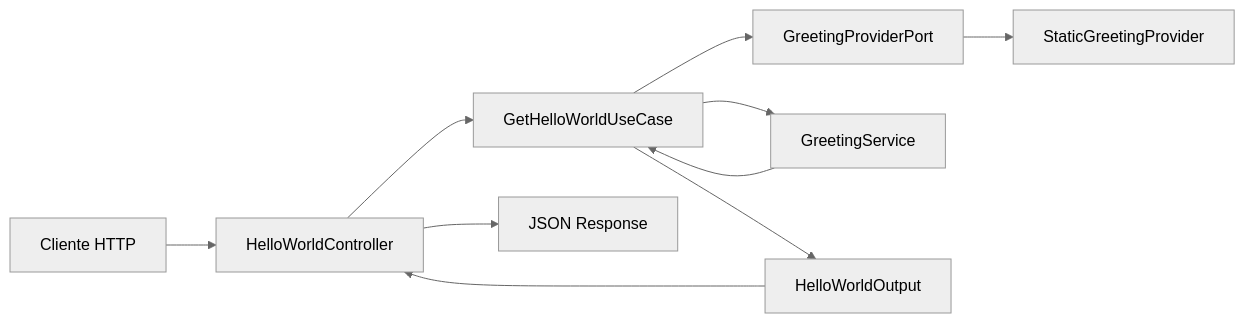
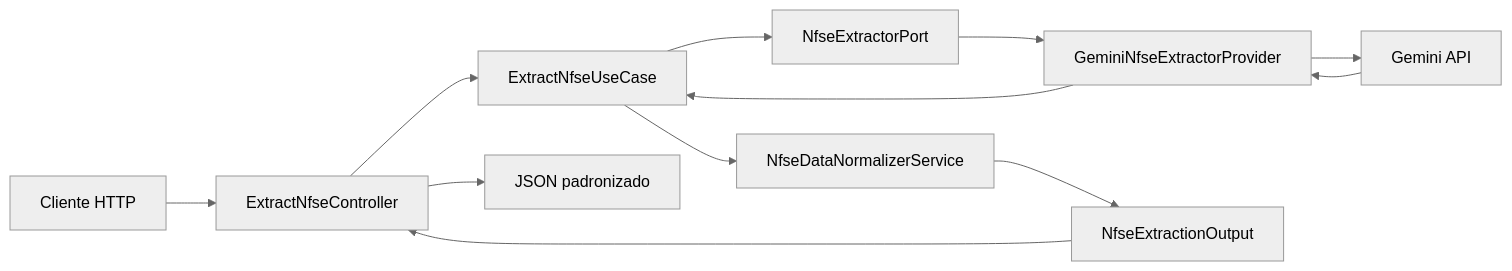
One commit to sszrod/ms-nfse-parser changed the diagram in docs/arquitetura.md. Above: the diagram before and after it, drawn with Mermaid (neutral theme). The commit also changed other lines of this file and 4 other files, not shown here.

````diff
--- a/docs/arquitetura.md
+++ b/docs/arquitetura.md
@@ -66,12 +87,14 @@
 ```mermaid
 flowchart LR
-    A[Cliente HTTP] --> B[HelloWorldController]
-    B --> C[GetHelloWorldUseCase]
-    C --> D[GreetingProviderPort]
-    D --> E[StaticGreetingProvider]
-    C --> F[GreetingService]
-    F --> C
-    C --> G[HelloWorldOutput]
-    G --> B
-    B --> H[JSON Response]
+    A[Cliente HTTP] --> B[ExtractNfseController]
+    B --> C[ExtractNfseUseCase]
+    C --> D[NfseExtractorPort]
+    D --> E[GeminiNfseExtractorProvider]
+    E --> F[Gemini API]
+    F --> E
+    E --> C
+    C --> G[NfseDataNormalizerService]
+    G --> H[NfseExtractionOutput]
+    H --> B
+    B --> I[JSON padronizado]
 ```
````
